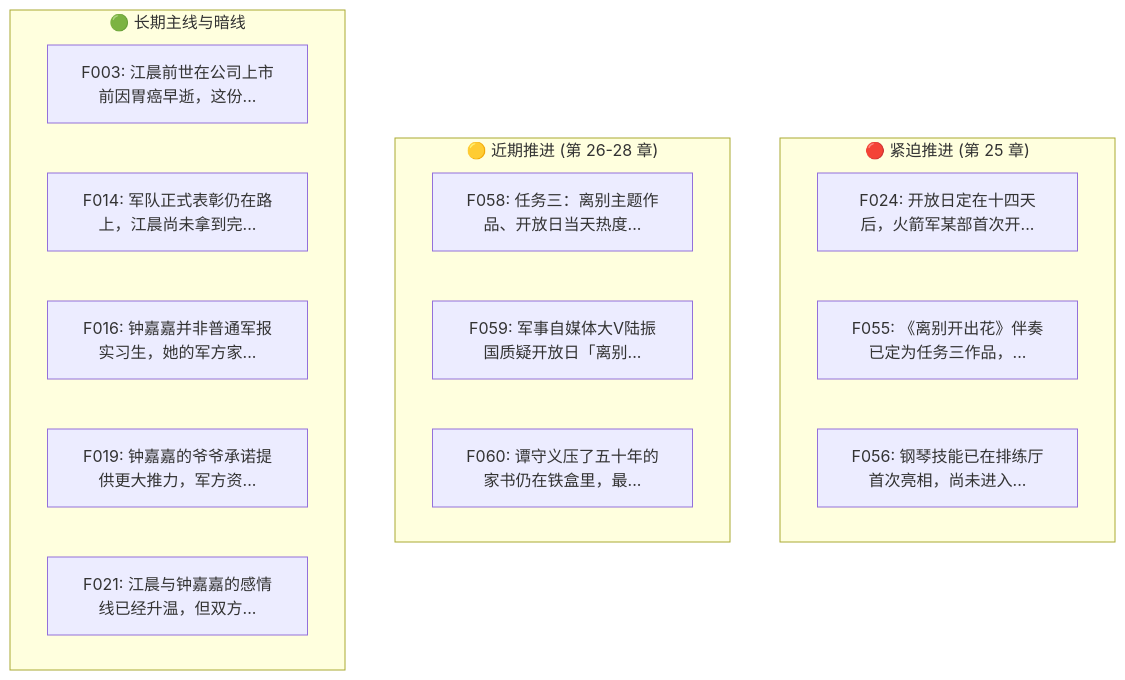
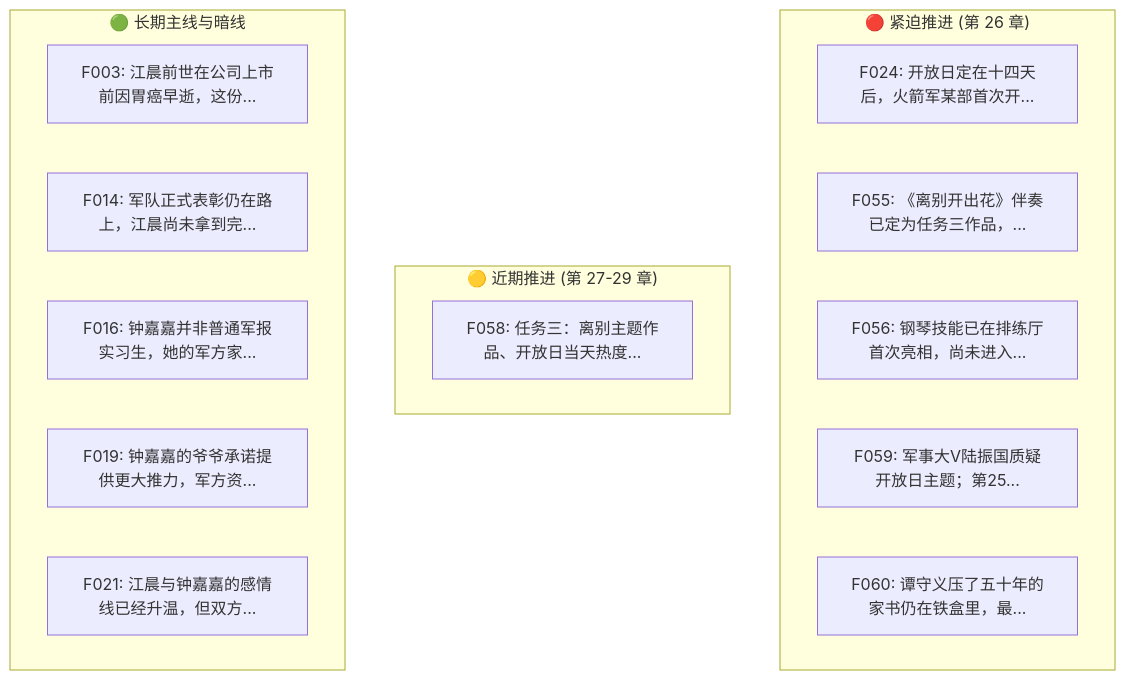
Before and after one commit to demon820308/Story-xY: the diagram in demo/长篇/让你管账号，你高燃混剪炸全网/追踪/工作台全景看板.md, drawn with Mermaid. The commit also changed other lines of this file and 28 other files, not shown here.

````diff
--- a/demo/长篇/让你管账号，你高燃混剪炸全网/追踪/工作台全景看板.md
+++ b/demo/长篇/让你管账号，你高燃混剪炸全网/追踪/工作台全景看板.md
@@ -26,20 +25,20 @@
 ```mermaid
 flowchart TD
-  subgraph U["🔴 紧迫推进 (第 25 章)"]
+  subgraph U["🔴 紧迫推进 (第 26 章)"]
     F024["F024: 开放日定在十四天后，火箭军某部首次开..."]
     F055["F055: 《离别开出花》伴奏已定为任务三作品，..."]
     F056["F056: 钢琴技能已在排练厅首次亮相，尚未进入..."]
+    F059["F059: 军事大V陆振国质疑开放日主题；第25..."]
+    F060["F060: 谭守义压了五十年的家书仍在铁盒里，最..."]
   end
-  subgraph N["🟡 近期推进 (第 26-28 章)"]
+  subgraph N["🟡 近期推进 (第 27-29 章)"]
     F058["F058: 任务三：离别主题作品、开放日当天热度..."]
-    F059["F059: 军事自媒体大V陆振国质疑开放日「离别..."]
-    F060["F060: 谭守义压了五十年的家书仍在铁盒里，最..."]
   end
   subgraph L["🟢 长期主线与暗线"]
     F003["F003: 江晨前世在公司上市前因胃癌早逝，这份..."]
     F014["F014: 军队正式表彰仍在路上，江晨尚未拿到完..."]
     F016["F016: 钟嘉嘉并非普通军报实习生，她的军方家..."]
     F019["F019: 钟嘉嘉的爷爷承诺提供更大推力，军方资..."]
     F021["F021: 江晨与钟嘉嘉的感情线已经升温，但双方..."]
   end
 ```
````
